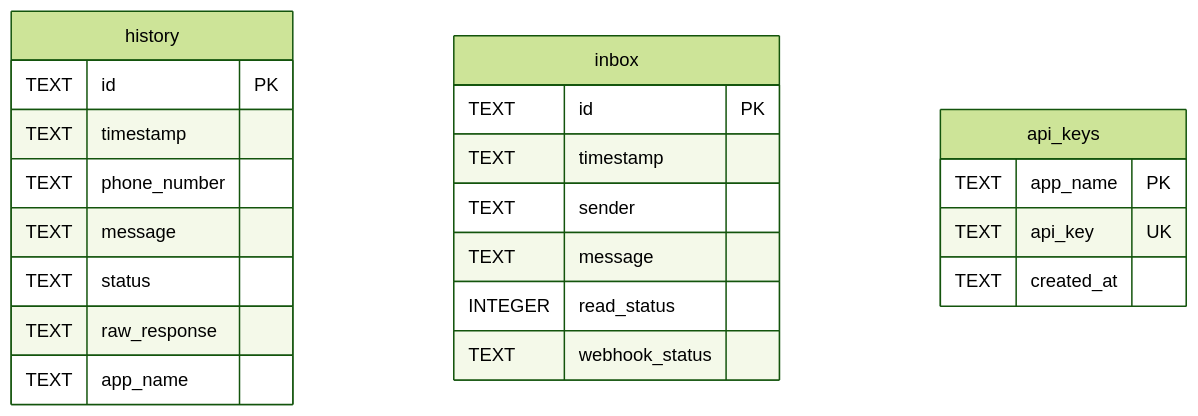
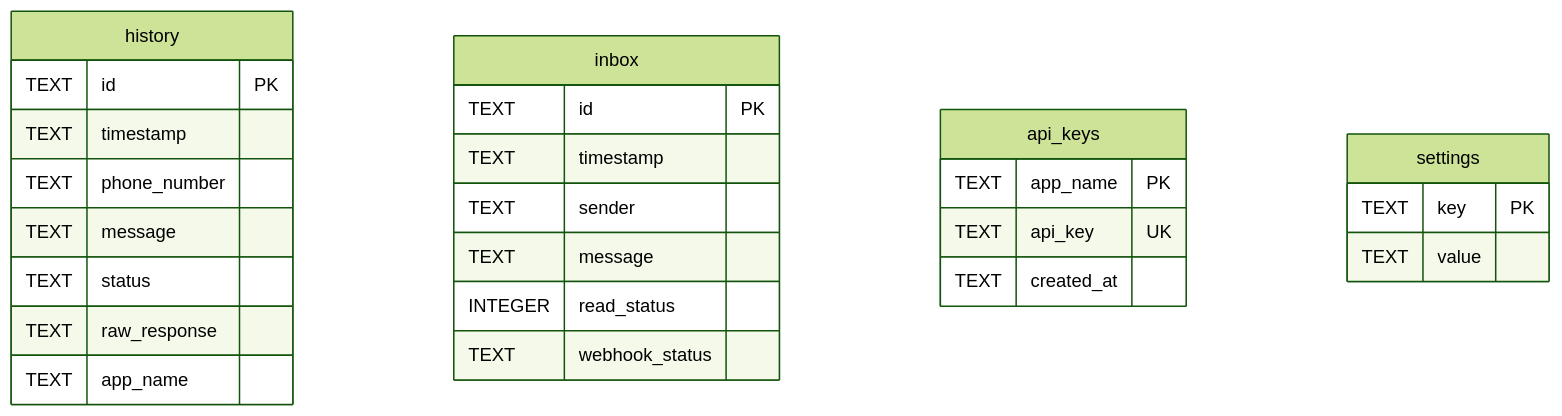
One commit to avegabros/sms-sender changed the third of 6 diagrams in ARCHITECTURE.md. Above: the diagram before and after it, drawn with Mermaid (forest theme). The commit also changed other lines of this file and 1 other file, not shown here.

Commit message:
docs: update README.md and ARCHITECTURE.md with Settings, Inbox API, Blacklist guard, and Auto-Delete rules

````diff
--- a/ARCHITECTURE.md
+++ b/ARCHITECTURE.md
@@ -79,25 +79,29 @@
 ```mermaid
 erDiagram
     history {
         TEXT id PK
         TEXT timestamp
         TEXT phone_number
         TEXT message
         TEXT status
         TEXT raw_response
         TEXT app_name
     }
     inbox {
         TEXT id PK
         TEXT timestamp
         TEXT sender
         TEXT message
         INTEGER read_status
         TEXT webhook_status
     }
     api_keys {
         TEXT app_name PK
         TEXT api_key UK
         TEXT created_at
     }
+    settings {
+        TEXT key PK
+        TEXT value
+    }
 ```
````
